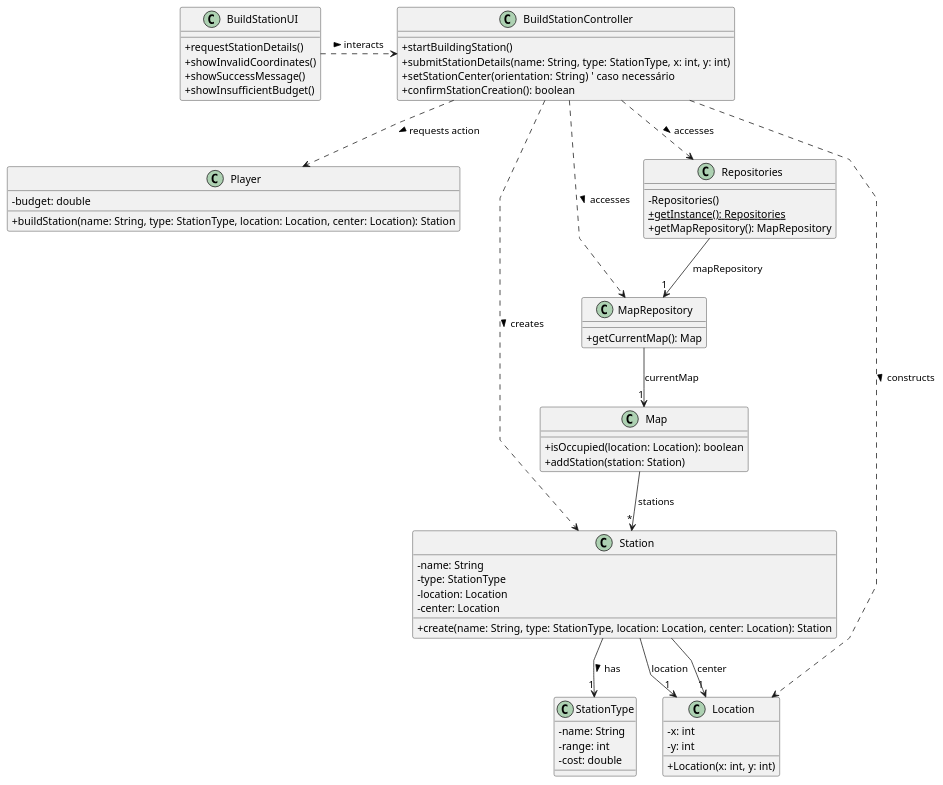
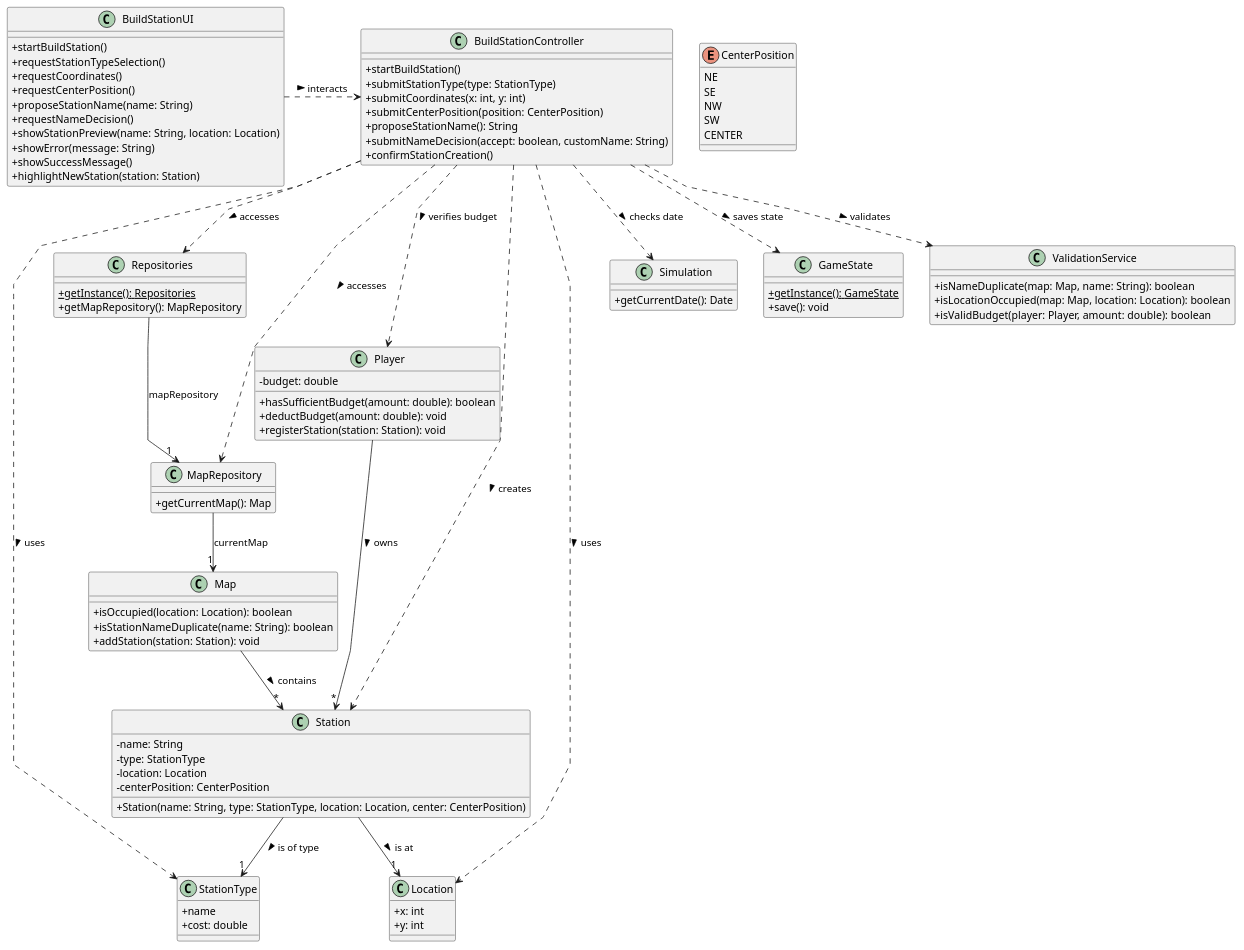
Before and after one commit to 1240826/empire-on-tracks: the diagram in docs/system-documentation/US005/03.design/puml/US005-CD.puml, drawn with PlantUML. The commit also changed 6 other files, not shown here.

```diff
--- a/docs/system-documentation/US005/03.design/puml/US005-CD.puml
+++ b/docs/system-documentation/US005/03.design/puml/US005-CD.puml
@@ -1,77 +1,113 @@
 @startuml
 skinparam packageStyle rectangle
 skinparam shadowing false
 skinparam linetype polyline
 skinparam classAttributeIconSize 0
 
 class "BuildStationController" {
-    + startBuildingStation()
-    + submitStationDetails(name: String, type: StationType, x: int, y: int)
-    + setStationCenter(orientation: String)  ' caso necessário
-    + confirmStationCreation(): boolean
+    + startBuildStation()
+    + submitStationType(type: StationType)
+    + submitCoordinates(x: int, y: int)
+    + submitCenterPosition(position: CenterPosition)
+    + proposeStationName(): String
+    + submitNameDecision(accept: boolean, customName: String)
+    + confirmStationCreation()
 }
 
 class "Player" {
     - budget: double
-    + buildStation(name: String, type: StationType, location: Location, center: Location): Station
+    + hasSufficientBudget(amount: double): boolean
+    + deductBudget(amount: double): void
+    + registerStation(station: Station): void
 }
 
 class "Station" {
     - name: String
     - type: StationType
     - location: Location
-    - center: Location
-    + create(name: String, type: StationType, location: Location, center: Location): Station
+    - centerPosition: CenterPosition
+    + Station(name: String, type: StationType, location: Location, center: CenterPosition)
 }
 
 class "StationType" {
-    - name: String
-    - range: int
-    - cost: double
+    + name
+    + cost: double
 }
 
-class "Location" {
-    - x: int
-    - y: int
-    + Location(x: int, y: int)
+enum CenterPosition {
+    NE
+    SE
+    NW
+    SW
+    CENTER
 }
 
 class "Map" {
     + isOccupied(location: Location): boolean
-    + addStation(station: Station)
+    + isStationNameDuplicate(name: String): boolean
+    + addStation(station: Station): void
 }
 
 class "Repositories" {
-    - Repositories()
     + {static} getInstance(): Repositories
     + getMapRepository(): MapRepository
 }
 
 class "MapRepository" {
     + getCurrentMap(): Map
 }
 
 class "BuildStationUI" {
-    + requestStationDetails()
-    + showInvalidCoordinates()
+    + startBuildStation()
+    + requestStationTypeSelection()
+    + requestCoordinates()
+    + requestCenterPosition()
+    + proposeStationName(name: String)
+    + requestNameDecision()
+    + showStationPreview(name: String, location: Location)
+    + showError(message: String)
     + showSuccessMessage()
-    + showInsufficientBudget()
+    + highlightNewStation(station: Station)
+}
+
+class "Location" {
+    + x: int
+    + y: int
+}
+
+class "Simulation" {
+    + getCurrentDate(): Date
+}
+
+class "GameState" {
+    + {static} getInstance(): GameState
+    + save(): void
+}
+
+class "ValidationService" {
+    + isNameDuplicate(map: Map, name: String): boolean
+    + isLocationOccupied(map: Map, location: Location): boolean
+    + isValidBudget(player: Player, amount: double): boolean
 }
 
 BuildStationUI .> BuildStationController : interacts >
-
 BuildStationController ..> Repositories : accesses >
 BuildStationController ..> MapRepository : accesses >
-BuildStationController ..> Player : requests action >
+BuildStationController ..> Player : verifies budget >
 BuildStationController ..> Station : creates >
-BuildStationController ..> Location : constructs >
+BuildStationController ..> StationType : uses >
+BuildStationController ..> Location : uses >
+BuildStationController ..> Simulation : checks date >
+BuildStationController ..> GameState : saves state >
+BuildStationController ..> ValidationService : validates >
 
 Repositories --> "1" MapRepository : mapRepository
 MapRepository --> "1" Map : currentMap
 
-Map --> "*" Station : stations
-Station --> "1" Location : location
-Station --> "1" StationType : has >
-Station --> "1" Location : center
+Map --> "*" Station : contains >
+Station --> "1" StationType : is of type >
+Station --> "1" Location : is at >
+
+Player --> "*" Station : owns >
 
 @enduml
```
